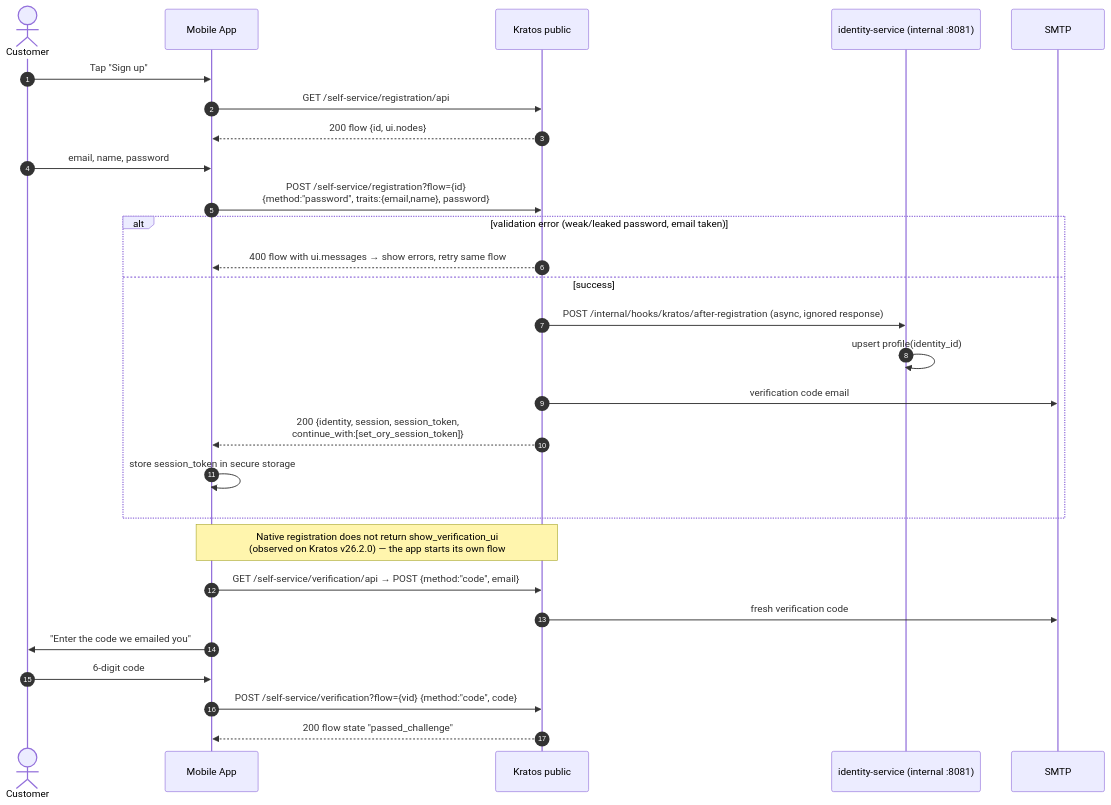
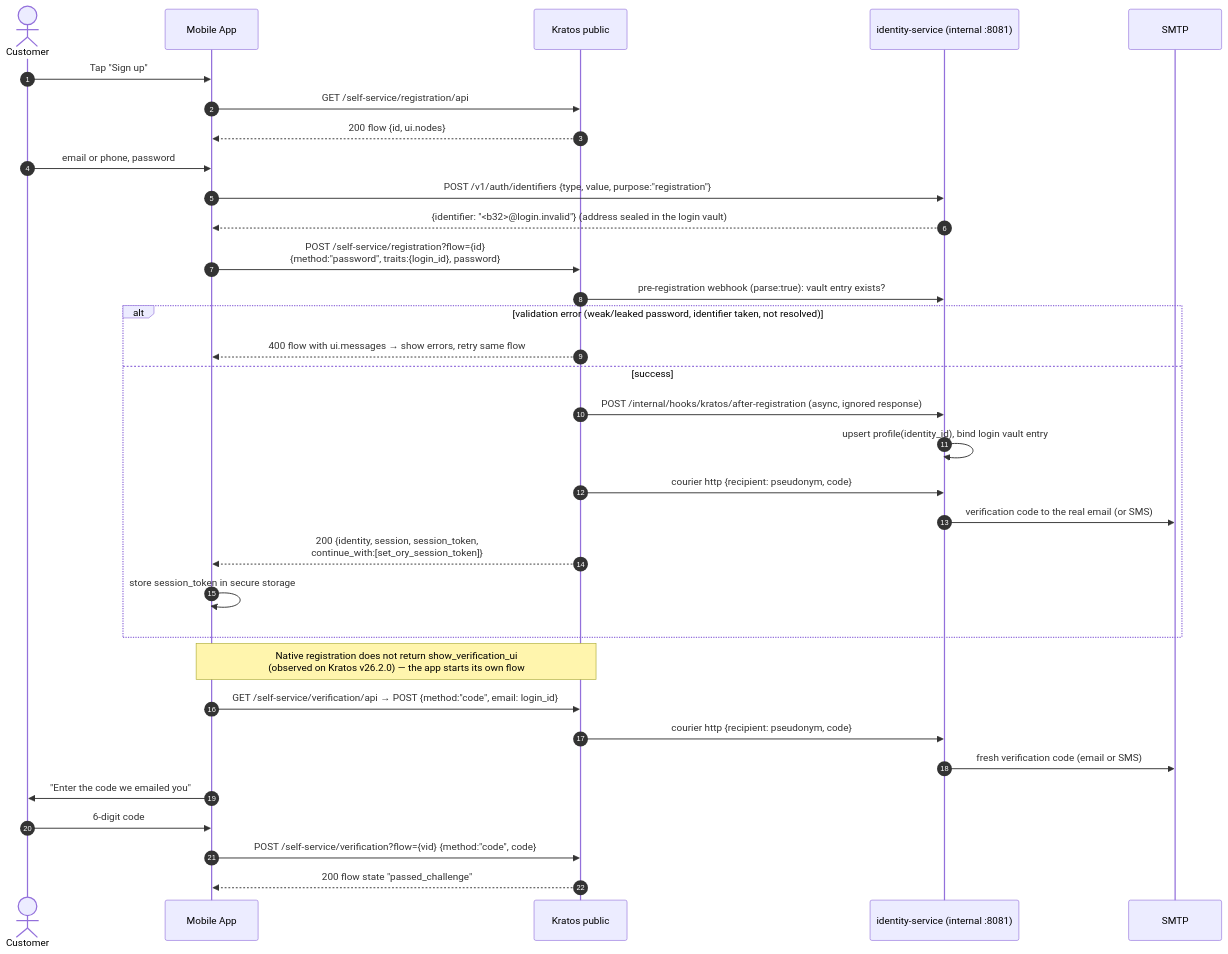
One commit to doitsu2014/go-ory-auth-example changed the first of 6 diagrams in docs/architecture/03-auth-flows.md. Above: the diagram before and after it, drawn with Mermaid. The commit also changed other lines of this file and 11 other files, not shown here.

First line of the commit message:
docs: ADR-0013 and architecture updates for pseudonymous logins

````diff
--- a/docs/architecture/03-auth-flows.md
+++ b/docs/architecture/03-auth-flows.md
@@ -25,31 +31,36 @@
 ```mermaid
 sequenceDiagram
   autonumber
   actor U as Customer
   participant A as Mobile App
   participant K as Kratos public
   participant S as identity-service (internal :8081)
   participant M as SMTP
 
   U->>A: Tap "Sign up"
   A->>K: GET /self-service/registration/api
   K-->>A: 200 flow {id, ui.nodes}
-  U->>A: email, name, password
-  A->>K: POST /self-service/registration?flow={id}<br/>{method:"password", traits:{email,name}, password}
-  alt validation error (weak/leaked password, email taken)
+  U->>A: email or phone, password
+  A->>S: POST /v1/auth/identifiers {type, value, purpose:"registration"}
+  S-->>A: {identifier: "<b32>@login.invalid"} (address sealed in the login vault)
+  A->>K: POST /self-service/registration?flow={id}<br/>{method:"password", traits:{login_id}, password}
+  K->>S: pre-registration webhook (parse:true): vault entry exists?
+  alt validation error (weak/leaked password, identifier taken, not resolved)
     K-->>A: 400 flow with ui.messages → show errors, retry same flow
   else success
     K->>S: POST /internal/hooks/kratos/after-registration (async, ignored response)
-    S->>S: upsert profile(identity_id)
-    K->>M: verification code email
+    S->>S: upsert profile(identity_id), bind login vault entry
+    K->>S: courier http {recipient: pseudonym, code}
+    S->>M: verification code to the real email (or SMS)
     K-->>A: 200 {identity, session, session_token,<br/>continue_with:[set_ory_session_token]}
     A->>A: store session_token in secure storage
   end
   Note over A,K: Native registration does not return show_verification_ui<br/>(observed on Kratos v26.2.0) — the app starts its own flow
-  A->>K: GET /self-service/verification/api → POST {method:"code", email}
-  K->>M: fresh verification code
+  A->>K: GET /self-service/verification/api → POST {method:"code", email: login_id}
+  K->>S: courier http {recipient: pseudonym, code}
+  S->>M: fresh verification code (email or SMS)
   A->>U: "Enter the code we emailed you"
   U->>A: 6-digit code
   A->>K: POST /self-service/verification?flow={vid} {method:"code", code}
   K-->>A: 200 flow state "passed_challenge"
 ```
````
